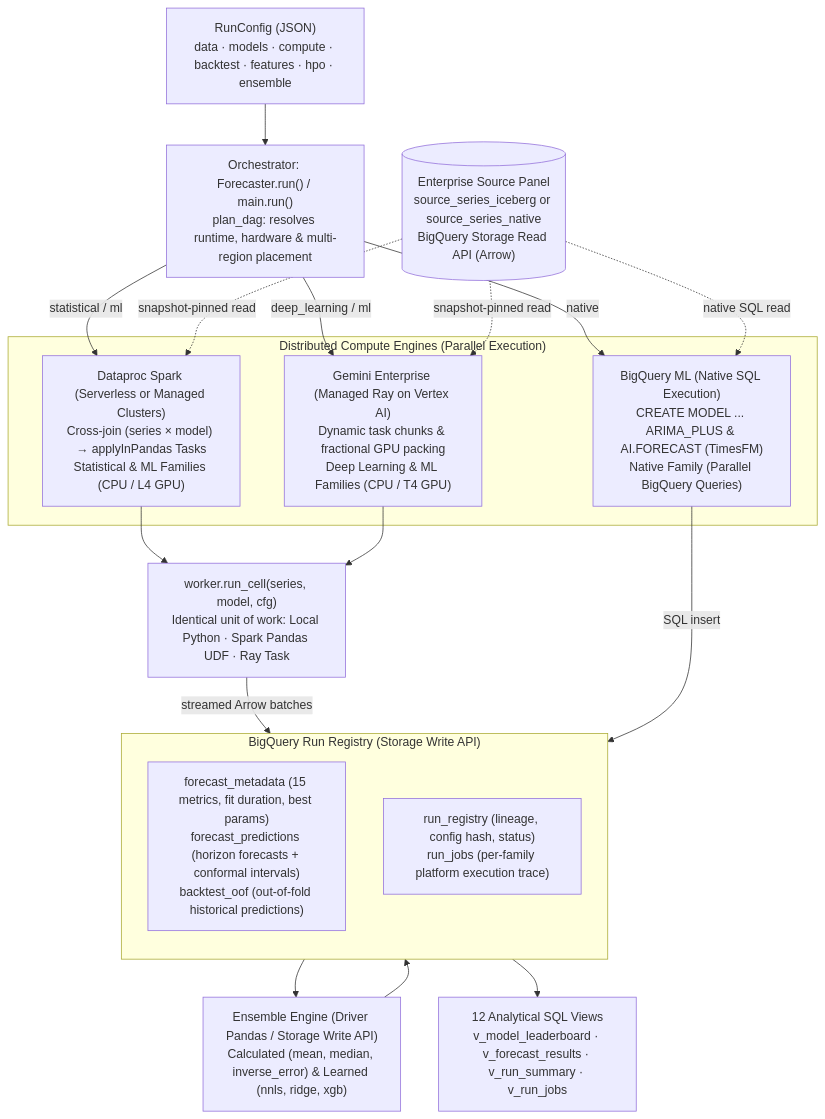
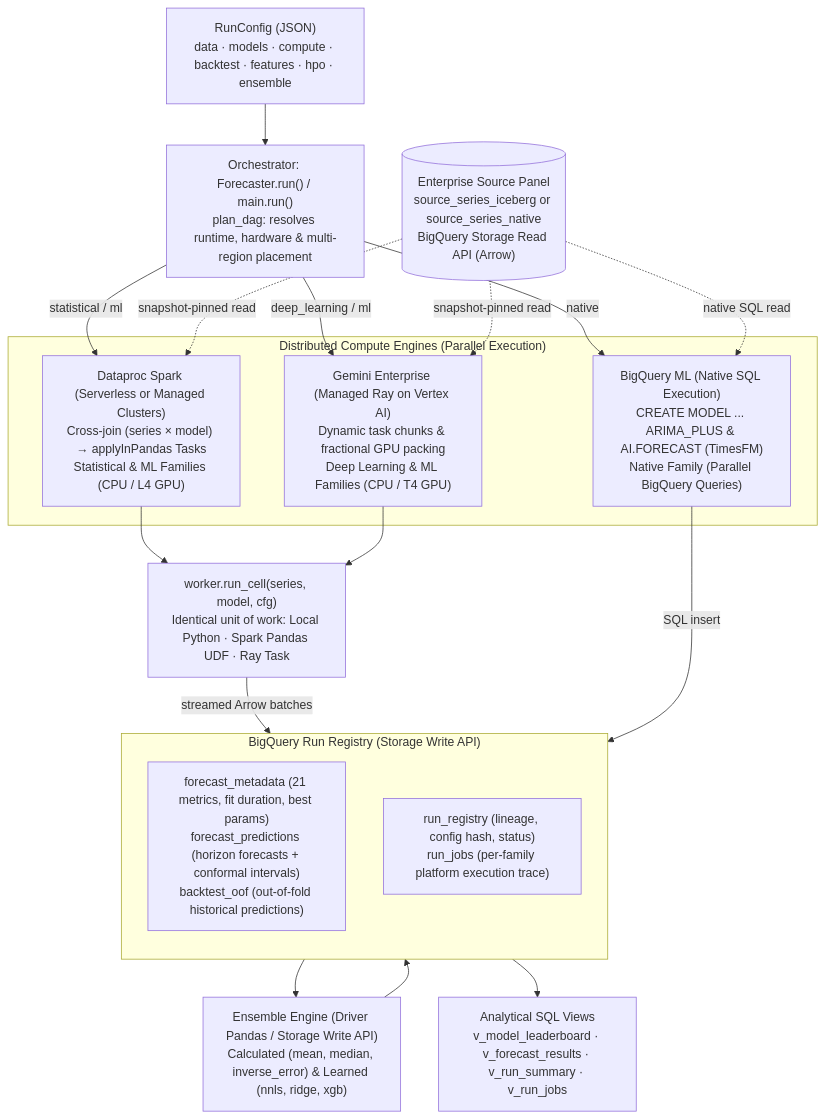
Before and after one commit to statmike/scale-forecasting: the second of 6 diagrams in README.md, drawn with Mermaid. The commit also changed other lines of this file and 52 other files, not shown here.

````diff
--- a/README.md
+++ b/README.md
@@ -206,41 +206,41 @@
 ```mermaid
 flowchart TB
     cfg["RunConfig (JSON)<br/>data · models · compute · backtest · features · hpo · ensemble"]
     orch["Orchestrator: Forecaster.run() / main.run()<br/>plan_dag: resolves runtime, hardware & multi-region placement"]
     cfg --> orch
 
     subgraph compute["Distributed Compute Engines (Parallel Execution)"]
         spark["Dataproc Spark (Serverless or Managed Clusters)<br/>Cross-join (series × model) → applyInPandas Tasks<br/>Statistical & ML Families (CPU / L4 GPU)"]
         ray["Gemini Enterprise (Managed Ray on Vertex AI)<br/>Dynamic task chunks & fractional GPU packing<br/>Deep Learning & ML Families (CPU / T4 GPU)"]
         bq["BigQuery ML (Native SQL Execution)<br/>CREATE MODEL ... ARIMA_PLUS & AI.FORECAST (TimesFM)<br/>Native Family (Parallel BigQuery Queries)"]
     end
 
     orch -->|"statistical / ml"| spark
     orch -->|"deep_learning / ml"| ray
     orch -->|"native"| bq
 
     unit["worker.run_cell(series, model, cfg)<br/>Identical unit of work: Local Python · Spark Pandas UDF · Ray Task"]
     spark --> unit
     ray --> unit
 
     source[("Enterprise Source Panel<br/>source_series_iceberg or source_series_native<br/>BigQuery Storage Read API (Arrow)")]
     source -.->|snapshot-pinned read| spark
     source -.->|snapshot-pinned read| ray
     source -.->|native SQL read| bq
 
     subgraph registry["BigQuery Run Registry (Storage Write API)"]
         direction TB
-        r_meta["forecast_metadata (15 metrics, fit duration, best params)<br/>forecast_predictions (horizon forecasts + conformal intervals)<br/>backtest_oof (out-of-fold historical predictions)"]
+        r_meta["forecast_metadata (21 metrics, fit duration, best params)<br/>forecast_predictions (horizon forecasts + conformal intervals)<br/>backtest_oof (out-of-fold historical predictions)"]
         r_trace["run_registry (lineage, config hash, status)<br/>run_jobs (per-family platform execution trace)"]
     end
 
     unit -->|streamed Arrow batches| registry
     bq -->|SQL insert| registry
 
     ens["Ensemble Engine (Driver Pandas / Storage Write API)<br/>Calculated (mean, median, inverse_error) & Learned (nnls, ridge, xgb)"]
     registry --> ens
     ens --> registry
 
-    views["12 Analytical SQL Views<br/>v_model_leaderboard · v_forecast_results · v_run_summary · v_run_jobs"]
+    views["Analytical SQL Views<br/>v_model_leaderboard · v_forecast_results · v_run_summary · v_run_jobs"]
     registry --> views
 ```
````
